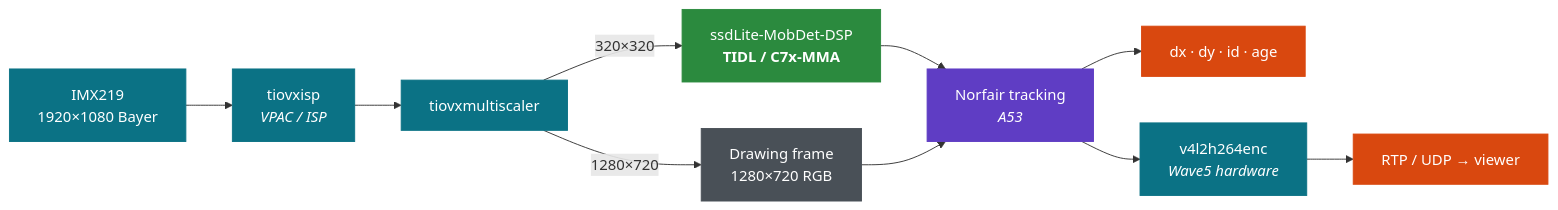
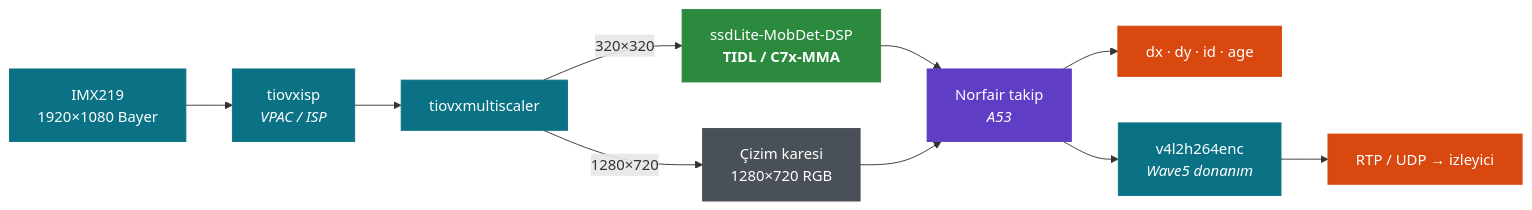
Before and after one commit to mehmetakiferdem/gem-tracker: the first of 2 diagrams in README.md, drawn with Mermaid. The commit also changed other lines of this file and 5 other files, not shown here.

````diff
--- a/README.md
+++ b/README.md
@@ -46,26 +47,26 @@
 ```mermaid
 flowchart LR
     CAM["IMX219<br/>1920×1080 Bayer"]:::hw
     ISP["tiovxisp<br/><i>VPAC / ISP</i>"]:::hw
     MS["tiovxmultiscaler"]:::hw
-    DRAW["Drawing frame<br/>1280×720 RGB"]:::buf
+    DRAW["Çizim karesi<br/>1280×720 RGB"]:::buf
     TIDL["ssdLite-MobDet-DSP<br/><b>TIDL / C7x-MMA</b>"]:::accel
-    NF["Norfair tracking<br/><i>A53</i>"]:::cpu
+    NF["Norfair takip<br/><i>A53</i>"]:::cpu
     COORD["dx · dy · id · age"]:::out
-    ENC["v4l2h264enc<br/><i>Wave5 hardware</i>"]:::hw
-    NET["RTP / UDP → viewer"]:::out
+    ENC["v4l2h264enc<br/><i>Wave5 donanım</i>"]:::hw
+    NET["RTP / UDP → izleyici"]:::out
 
     CAM --> ISP --> MS
     MS -->|1280×720| DRAW
     MS -->|320×320| TIDL
     TIDL --> NF
     DRAW --> NF
     NF --> COORD
     NF --> ENC --> NET
 
     classDef hw fill:#0b7285,stroke:#0b7285,color:#fff
     classDef accel fill:#2b8a3e,stroke:#2b8a3e,color:#fff
     classDef cpu fill:#5f3dc4,stroke:#5f3dc4,color:#fff
     classDef buf fill:#495057,stroke:#495057,color:#fff
     classDef out fill:#d9480f,stroke:#d9480f,color:#fff
 ```
````
